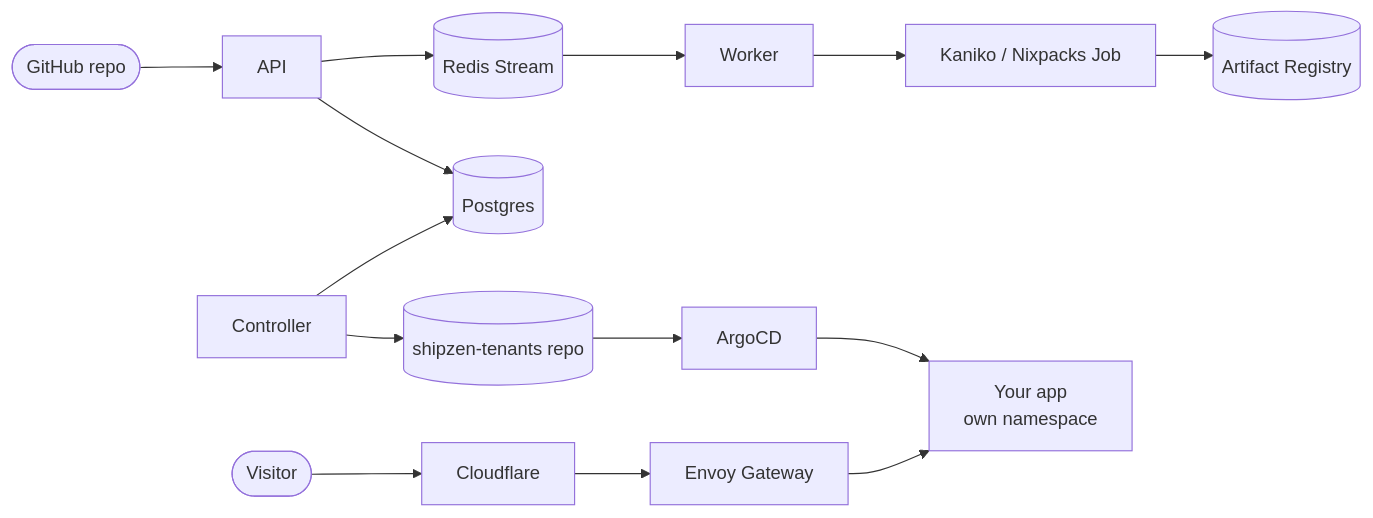
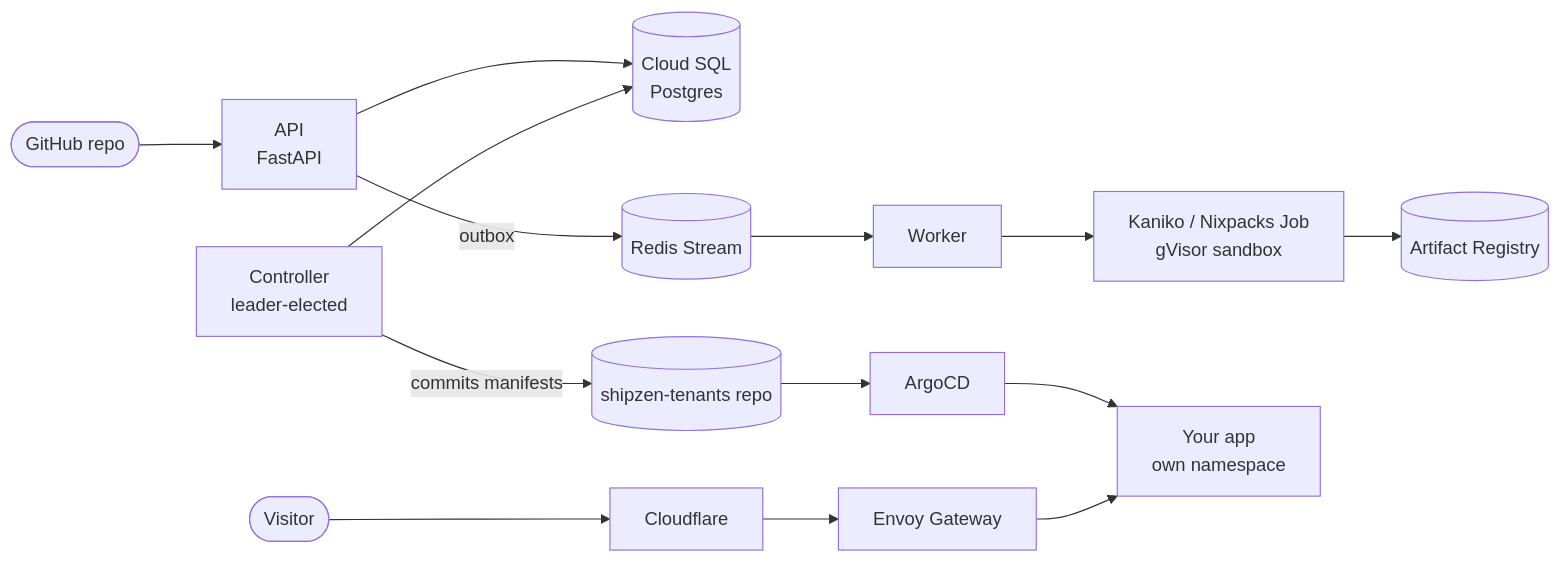
One commit to jeneeldumasia/ShipZen-GCP changed the diagram in README.md. Above: the diagram before and after it, drawn with Mermaid. The commit also changed other lines of this file and 20 other files, not shown here.

````diff
--- a/README.md
+++ b/README.md
@@ -10,9 +48,10 @@
 ```mermaid
 flowchart LR
-    dev([GitHub repo]) --> api[API]
-    api --> q[(Redis Stream)] --> worker[Worker] --> build[Kaniko / Nixpacks Job] --> reg[(Artifact Registry)]
-    api --> db[(Postgres)]
-    ctrl[Controller] --> db
-    ctrl --> git[(shipzen-tenants repo)] --> argo[ArgoCD] --> app[Your app<br/>own namespace]
+    dev([GitHub repo]) --> api[API<br/>FastAPI]
+    api --> db[(Cloud SQL<br/>Postgres)]
+    api -->|outbox| q[(Redis Stream)] --> worker[Worker]
+    worker --> build[Kaniko / Nixpacks Job<br/>gVisor sandbox] --> reg[(Artifact Registry)]
+    ctrl[Controller<br/>leader-elected] --> db
+    ctrl -->|commits manifests| git[(shipzen-tenants repo)] --> argo[ArgoCD] --> app[Your app<br/>own namespace]
     user([Visitor]) --> cf[Cloudflare] --> gw[Envoy Gateway] --> app
 ```
````
